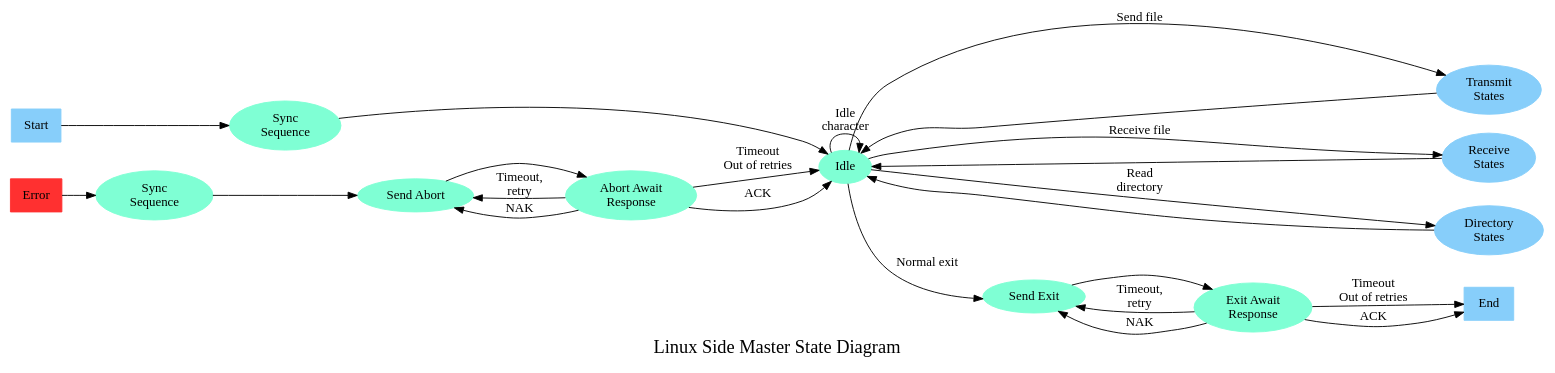
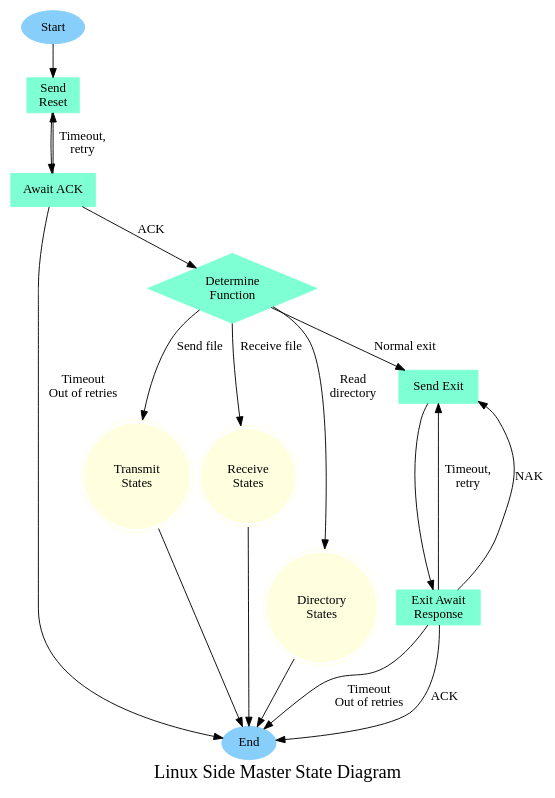
The diagram in software/tools/stran/GraphViz/LinuxStatesMain.gv (rundel-tech/ZARC), drawn with Graphviz before and after one commit. The commit also changed 413 other files, not shown here.

```diff
--- a/software/tools/stran/GraphViz/LinuxStatesMain.gv
+++ b/software/tools/stran/GraphViz/LinuxStatesMain.gv
@@ -1,64 +1,65 @@
 digraph CPU_Block {
 #    node [shape=box]; course; institute; student;
 #    node [shape=ellipse]; {node [label="name"] name0; name1; name2;}
 #        code; grade; number;
 #    node [shape=diamond,style=filled,color=lightgrey]; "C-I"; "S-C"; "S-I";
 
 #    code -- course;
 #    course -- "C-I" [label="n"];
 #   "AM-AC-2WT1" -- "AM-AF-3330" [label="F1303\n61611937AA00",len=1\n00];
 
-    graph [rankdir=LR]
+#    graph [rankdir=LR]
+    graph [rankdir=TB]
     edge [color=black];
 
-    node [shape=ellipse color=aquamarine style=filled];
+    node [shape=box color=aquamarine style=filled];
 
     {
-        node [shape=box color=lightskyblue]
+        node [shape=ellipse color=lightskyblue]
         rank=source;
         "Start";
-        node [color=firebrick1]
-        "Error";
     }
 
     {
         node [color=lightskyblue]
         rank=sink;
+        "End" [shape=ellipse];
+    }
+
+    {
+        node [shape=diamond]
+        "Determine\nFunction";
+    }
+
+    {
+        node [shape=doublecircle;color=lightyellow]
         "Transmit\nStates";
         "Receive\nStates";
         "Directory\nStates";
-        "End" [shape=box];
     }
 
+    "Start" -> "Send\nReset";
+    "Send\nReset" -> "Await ACK";
+    "Await ACK" -> "Send\nReset" [label = "Timeout,\nretry"];
+    "Await ACK" -> "End" [label = "Timeout\nOut of retries"];
+    "Await ACK" -> "Determine\nFunction" [label = "ACK"]
 
-    "Start" -> "Sync\nSequence";
-    "Sync\nSequence" -> "Idle";
-
-    "Idle" -> "Send Exit" [label="Normal exit"];
+    "Determine\nFunction"-> "Send Exit" [label="Normal exit"];
     "Send Exit" -> "Exit Await\nResponse"
     "Exit Await\nResponse" -> "Send Exit" [label = "Timeout,\nretry"];
     "Exit Await\nResponse" -> "Send Exit" [label = "NAK"];
     "Exit Await\nResponse" -> "End" [label = "Timeout\nOut of retries"];
     "Exit Await\nResponse" -> "End" [label = "ACK"]
 
-    "Idle" -> "Idle" [label = "Idle\ncharacter"];
-    "Idle" -> "Transmit\nStates" [label = "Send file"];
-    "Transmit\nStates" -> "Idle"
+    "Determine\nFunction" -> "Transmit\nStates" [label = "Send file"];
+    "Transmit\nStates" -> "End"
 
-    "Idle" -> "Receive\nStates" [label = "Receive file"];
-    "Receive\nStates" -> "Idle"
+    "Determine\nFunction" -> "Receive\nStates" [label = "Receive file"];
+    "Receive\nStates" -> "End"
 
-    "Idle" -> "Directory\nStates" [label = "Read\ndirectory"];
-    "Directory\nStates" -> "Idle"
-
-    "Error" -> "Sync\nSequence "
-    "Sync\nSequence " -> "Send Abort"
-    "Send Abort" -> "Abort Await\nResponse"
-    "Abort Await\nResponse" -> "Send Abort" [label = "Timeout,\nretry"];
-    "Abort Await\nResponse" -> "Send Abort" [label = "NAK"];
-    "Abort Await\nResponse" -> "Idle" [label = "Timeout\nOut of retries"];
-    "Abort Await\nResponse" -> "Idle" [label = "ACK"]
+    "Determine\nFunction" -> "Directory\nStates" [label = "Read\ndirectory"];
+    "Directory\nStates" -> "End"
 
     label = "Linux Side Master State Diagram";
     fontsize=20;
 }
```
